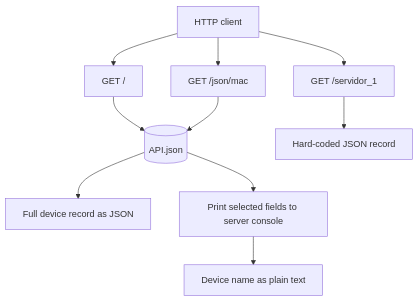
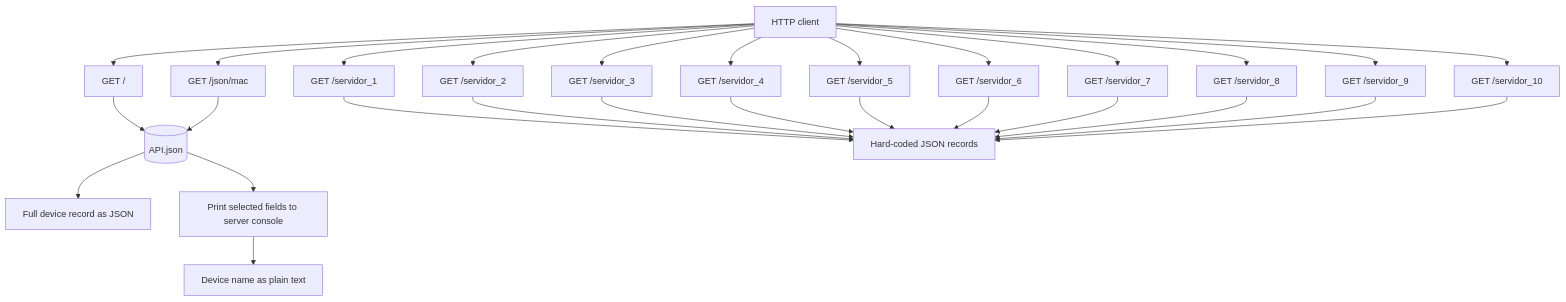
One commit to AxelLJ57/Flask changed the diagram in README.md. Above: the diagram before and after it, drawn with Mermaid. The commit also changed other lines of this file and 1 other file, not shown here.

Commit message:
Add server endpoints and document routes

````diff
--- a/README.md
+++ b/README.md
@@ -28,12 +39,30 @@
 ```mermaid
 flowchart TD
     Client[HTTP client] --> Root[GET /]
     Client --> Lookup[GET /json/mac]
-    Client --> Example[GET /servidor_1]
+    Client --> S1[GET /servidor_1]
+    Client --> S2[GET /servidor_2]
+    Client --> S3[GET /servidor_3]
+    Client --> S4[GET /servidor_4]
+    Client --> S5[GET /servidor_5]
+    Client --> S6[GET /servidor_6]
+    Client --> S7[GET /servidor_7]
+    Client --> S8[GET /servidor_8]
+    Client --> S9[GET /servidor_9]
+    Client --> S10[GET /servidor_10]
     Root --> Data[(API.json)]
     Lookup --> Data
     Data --> RootResponse[Full device record as JSON]
     Data --> LookupConsole[Print selected fields to server console]
     LookupConsole --> LookupResponse[Device name as plain text]
-    Example --> ExampleResponse[Hard-coded JSON record]
+    S1 --> ServerResponses[Hard-coded JSON records]
+    S2 --> ServerResponses
+    S3 --> ServerResponses
+    S4 --> ServerResponses
+    S5 --> ServerResponses
+    S6 --> ServerResponses
+    S7 --> ServerResponses
+    S8 --> ServerResponses
+    S9 --> ServerResponses
+    S10 --> ServerResponses
 ```
````
